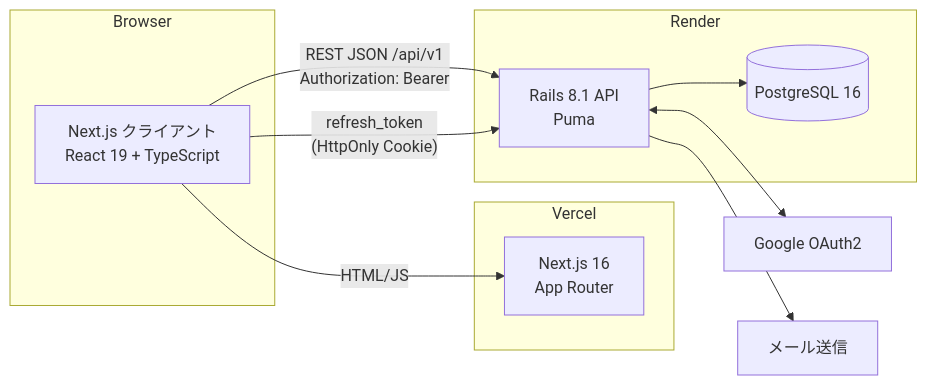
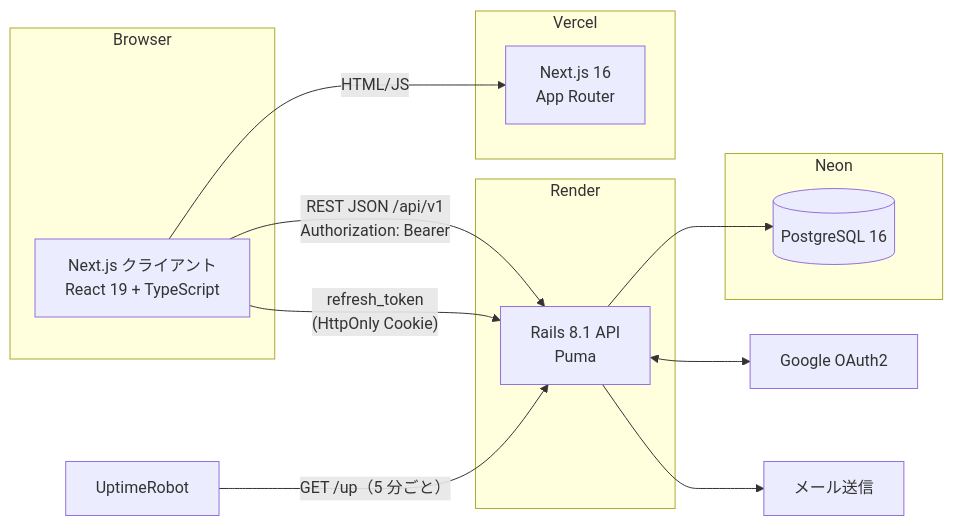
Before and after one commit to jinxin4869/Otter_Bank: the diagram in docs/ARCHITECTURE.md, drawn with Mermaid. The commit also changed other lines of this file, not shown here.

````diff
--- a/docs/ARCHITECTURE.md
+++ b/docs/ARCHITECTURE.md
@@ -12,22 +12,26 @@
 ```mermaid
 flowchart LR
   subgraph Browser
     UI[Next.js クライアント<br/>React 19 + TypeScript]
   end
   subgraph Vercel
     NX[Next.js 16<br/>App Router]
   end
   subgraph Render
     API[Rails 8.1 API<br/>Puma]
+  end
+  subgraph Neon
     DB[(PostgreSQL 16)]
   end
   Google[Google OAuth2]
   SMTP[メール送信]
+  Uptime[UptimeRobot]
 
   UI -- HTML/JS --> NX
   UI -- "REST JSON /api/v1<br/>Authorization: Bearer" --> API
   UI -- "refresh_token<br/>(HttpOnly Cookie)" --> API
   API --> DB
   API <--> Google
   API --> SMTP
+  Uptime -- "GET /up（5 分ごと）" --> API
 ```
````
